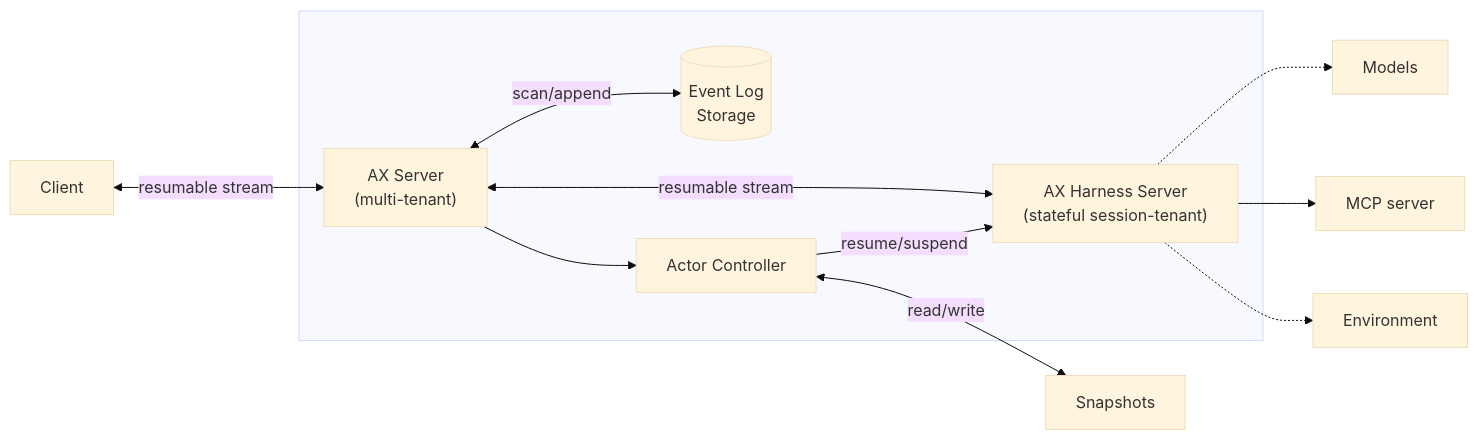
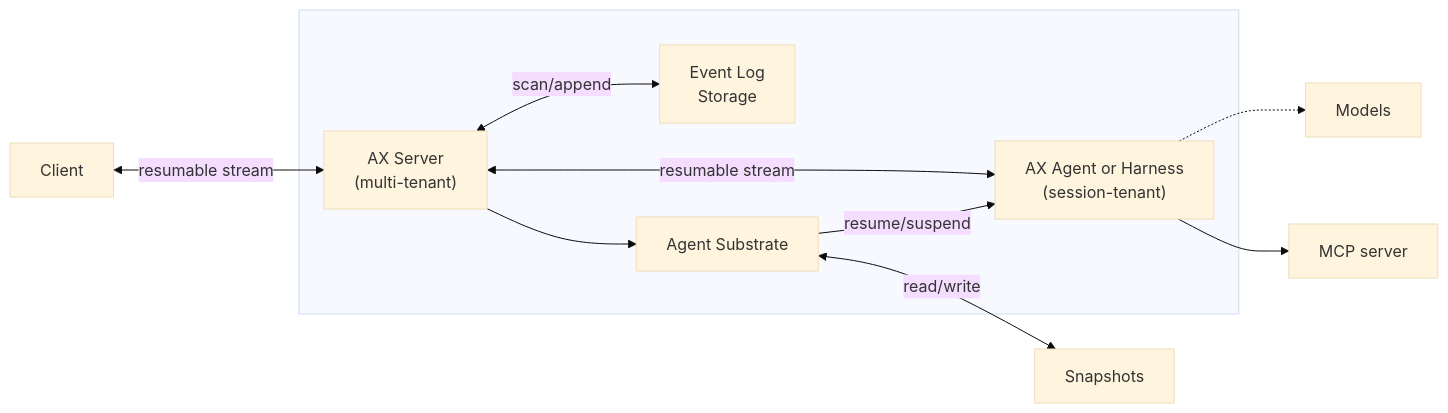
One commit to google/ax changed the diagram in README.md. Above: the diagram before and after it, drawn with Mermaid (base theme).

Commit message:
Update architectural diagram and labels

````diff
--- a/README.md
+++ b/README.md
@@ -39,26 +39,25 @@
 ```mermaid
 %%{init: {"flowchart": {"diagramPadding": 80}}}%%
 graph LR
     Client
 
     subgraph Cluster[" "]
         Server["AX Server<br/>(multi-tenant)"]
-        DB[("Event Log"<br/>Storage)]
-        ControlService["Actor Controller"]
-        Actor["AX Harness Server<br/>(stateful session-tenant)"]
+        DB["Event Log <br/>Storage"]
+        ControlService["Agent Substrate"]
+        Actor["AX Agent or Harness<br/>(session-tenant)"]
     end
 
     SnapshotService["Snapshots"]
-    HarnessService["Models"]
+    Models
     MCPServer["MCP server"]
 
     Client <-->|resumable stream| Server
     Server <-->|scan/append| DB
     Server --> ControlService
     ControlService -->|resume/suspend| Actor
     Server <-->|resumable stream| Actor
     ControlService <-->|read/write| SnapshotService
-    Actor -.-> HarnessService
+    Actor -.-> Models
     Actor --> MCPServer
-    Actor -.-> Environment
 ```
````
